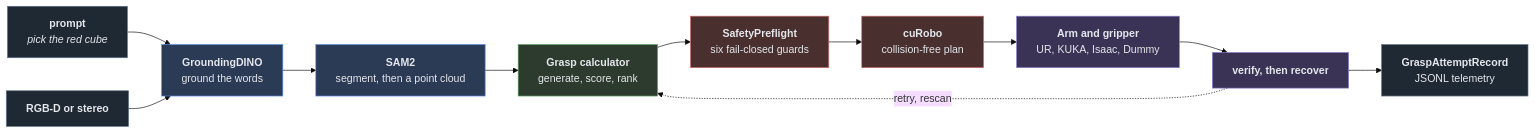
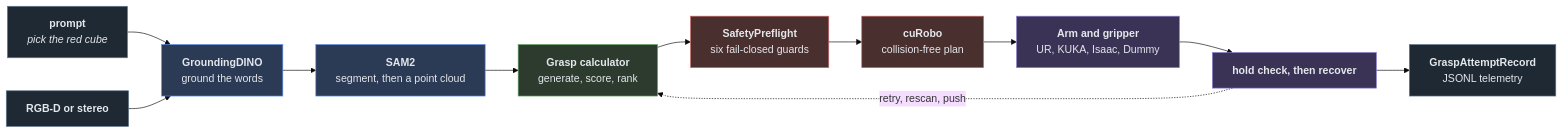
The second of 2 diagrams in README.md (ManterJochen/Workaholic-Willy), drawn with Mermaid (base theme) before and after one commit. The commit also changed other lines of this file and 178 other files, not shown here.

````diff
--- a/README.md
+++ b/README.md
@@ -165,23 +221,23 @@
 ```mermaid
 flowchart LR
     P["<b>prompt</b><br/><i>pick the red cube</i>"]:::io
     C["<b>RGB-D or stereo</b>"]:::io
     D["<b>GroundingDINO</b><br/>ground the words"]:::perc
     S["<b>SAM2</b><br/>segment, then a point cloud"]:::perc
     G["<b>Grasp calculator</b><br/>generate, score, rank"]:::grasp
     F["<b>SafetyPreflight</b><br/>six fail-closed guards"]:::safe
     M["<b>cuRobo</b><br/>collision-free plan"]:::safe
     E["<b>Arm and gripper</b><br/>UR, KUKA, Isaac, Dummy"]:::exe
-    V["<b>verify, then recover</b>"]:::exe
+    V["<b>hold check, then recover</b>"]:::exe
     L["<b>GraspAttemptRecord</b><br/>JSONL telemetry"]:::io
 
     P --> D
     C --> D --> S --> G --> F --> M --> E --> V --> L
-    V -.->|"retry, rescan"| G
+    V -.->|"retry, rescan, push"| G
 
     classDef io    fill:#1f2933,stroke:#63768d,color:#e4e7eb
     classDef perc  fill:#2b3a55,stroke:#5b8def,color:#e4e7eb
     classDef grasp fill:#2d3b2f,stroke:#5fa463,color:#e4e7eb
     classDef safe  fill:#4a2f2f,stroke:#d16565,color:#e4e7eb
     classDef exe   fill:#3a3355,stroke:#8b7fd1,color:#e4e7eb
 ```
````
